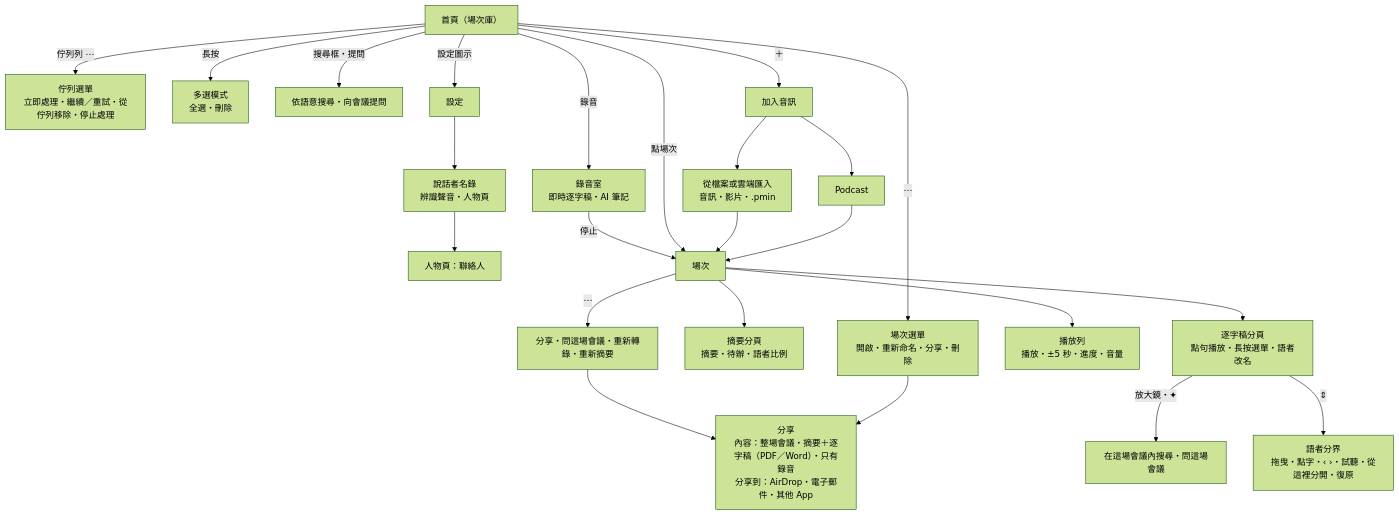
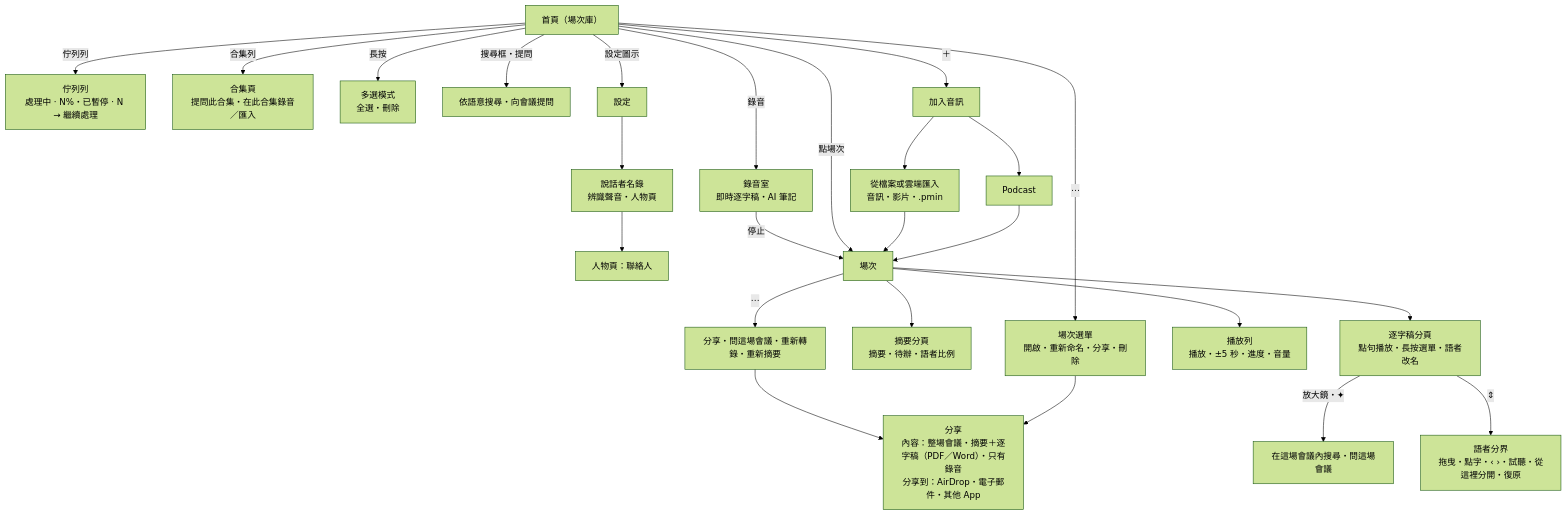
One commit to vieenrose/PrimeMinutes changed the diagram in docs/USER_GUIDE.md. Above: the diagram before and after it, drawn with Mermaid (forest theme). The commit also changed other lines of this file and 6 other files, not shown here.

````diff
--- a/docs/USER_GUIDE.md
+++ b/docs/USER_GUIDE.md
@@ -13,27 +13,28 @@
 ```mermaid
 flowchart TD
     Home["首頁（場次庫）"]
     Home -->|"⋯"| RowMenu["場次選單<br/>開啟・重新命名・分享・刪除"]
-    Home -->|"佇列列 ⋯"| QueueMenu["佇列選單<br/>立即處理・繼續／重試・從佇列移除・停止處理"]
+    Home -->|"佇列列"| Queue["佇列列<br/>處理中 · N%・已暫停 · N → 繼續處理"]
+    Home -->|"合集列"| Coll["合集頁<br/>提問此合集・在此合集錄音／匯入"]
     Home -->|長按| Select["多選模式<br/>全選・刪除"]
     Home -->|"搜尋框・提問"| Ask["依語意搜尋・向會議提問"]
     Home -->|＋| Add["加入音訊"]
     Add --> File["從檔案或雲端匯入<br/>音訊・影片・.pmin"]
     Add --> Podcast["Podcast"]
     Home -->|設定圖示| Settings["設定"]
     Settings --> People["說話者名錄<br/>辨識聲音・人物頁"]
     People --> Contact["人物頁：聯絡人"]
     Home -->|錄音| Booth["錄音室<br/>即時逐字稿・AI 筆記"]
     Booth -->|停止| Session
     Home -->|點場次| Session["場次"]
     File --> Session
     Podcast --> Session
     Session --> Summary["摘要分頁<br/>摘要・待辦・語者比例"]
     Session --> Transcript["逐字稿分頁<br/>點句播放・長按選單・語者改名"]
     Transcript -->|"放大鏡・✦"| MSearch["在這場會議內搜尋・問這場會議"]
     Transcript -->|"⇕"| Boundary["語者分界<br/>拖曳・點字・‹ ›・試聽・從這裡分開・復原"]
     Session --> Player["播放列<br/>播放・±5 秒・進度・音量"]
     Session -->|"⋯"| More["分享・問這場會議・重新轉錄・重新摘要"]
     More --> Share["分享<br/>內容：整場會議・摘要＋逐字稿（PDF／Word）・只有錄音<br/>分享到：AirDrop・電子郵件・其他 App"]
     RowMenu --> Share
 ```
````
